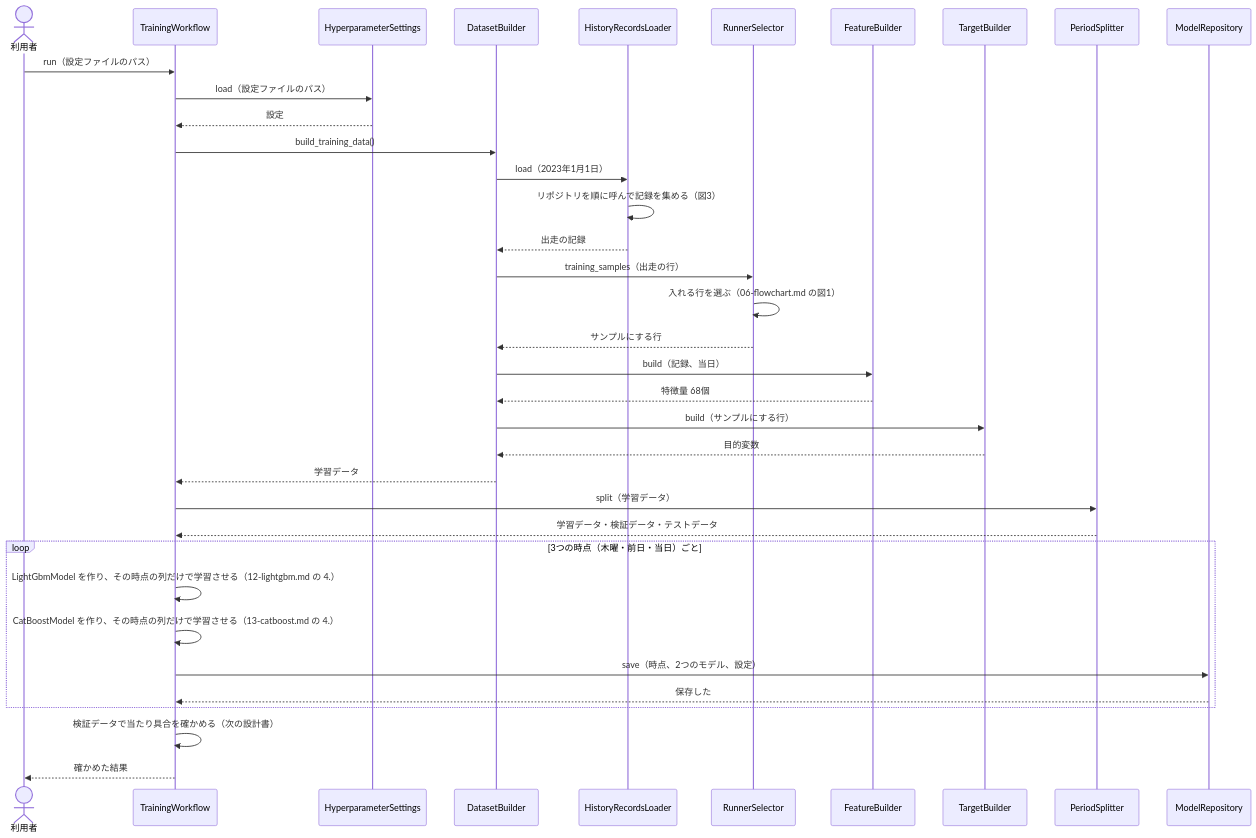
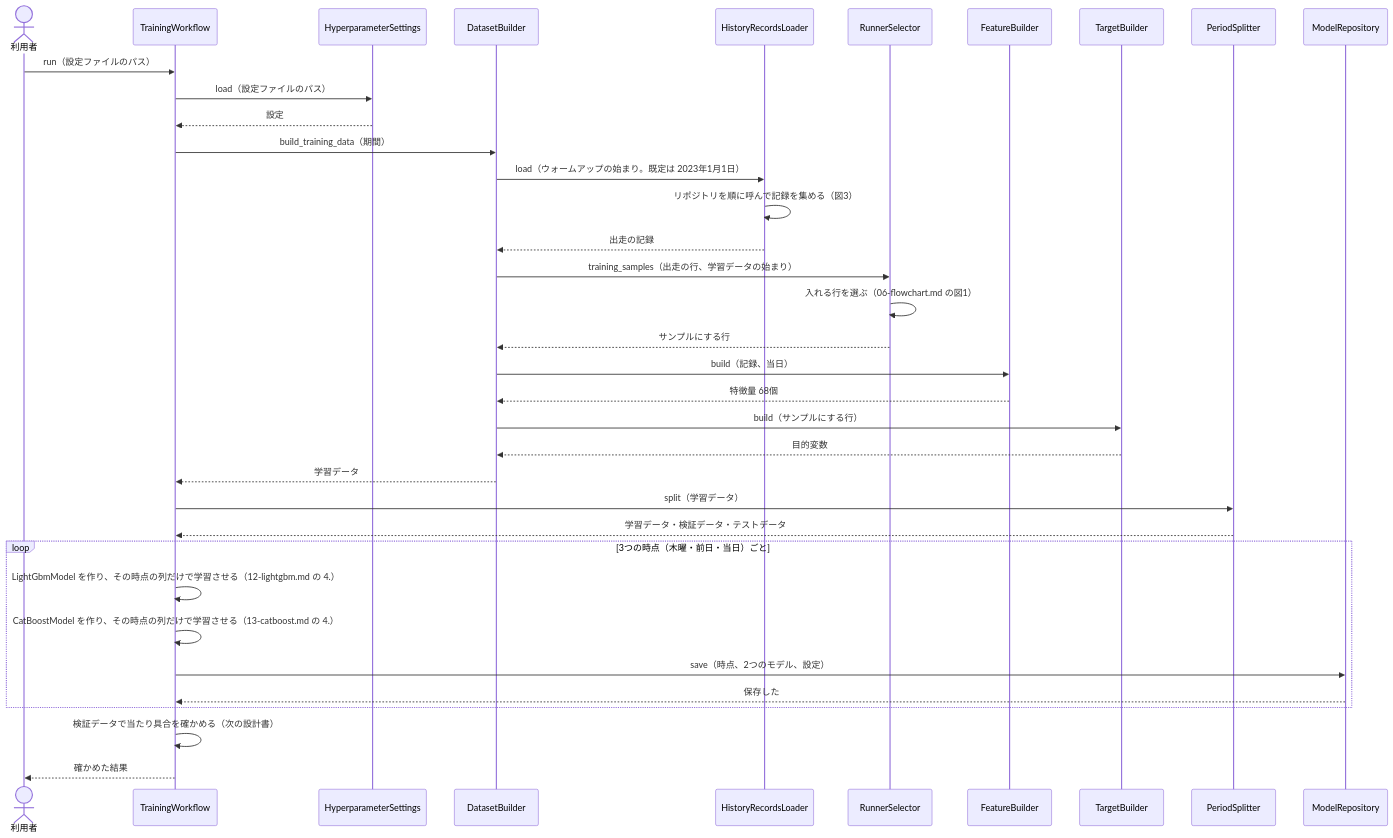
Before and after one commit to ht-0328/keiba-yosou: the first of 4 diagrams in docs/design/近走と適性から3着以内を予想/05-sequence.md, drawn with Mermaid. The commit also changed other lines of this file and 35 other files, not shown here.

````diff
--- a/docs/design/近走と適性から3着以内を予想/05-sequence.md
+++ b/docs/design/近走と適性から3着以内を予想/05-sequence.md
@@ -40,38 +40,38 @@
 ```mermaid
 sequenceDiagram
     actor U as 利用者
     participant W as TrainingWorkflow
     participant H as HyperparameterSettings
     participant D as DatasetBuilder
     participant L as HistoryRecordsLoader
     participant RS as RunnerSelector
     participant F as FeatureBuilder
     participant T as TargetBuilder
     participant S as PeriodSplitter
     participant MR as ModelRepository
     U->>W: run（設定ファイルのパス）
     W->>H: load（設定ファイルのパス）
     H-->>W: 設定
-    W->>D: build_training_data()
-    D->>L: load（2023年1月1日）
+    W->>D: build_training_data（期間）
+    D->>L: load（ウォームアップの始まり。既定は 2023年1月1日）
     L->>L: リポジトリを順に呼んで記録を集める（図3）
     L-->>D: 出走の記録
-    D->>RS: training_samples（出走の行）
+    D->>RS: training_samples（出走の行、学習データの始まり）
     RS->>RS: 入れる行を選ぶ（06-flowchart.md の図1）
     RS-->>D: サンプルにする行
     D->>F: build（記録、当日）
     F-->>D: 特徴量 68個
     D->>T: build（サンプルにする行）
     T-->>D: 目的変数
     D-->>W: 学習データ
     W->>S: split（学習データ）
     S-->>W: 学習データ・検証データ・テストデータ
     loop 3つの時点（木曜・前日・当日）ごと
         W->>W: LightGbmModel を作り、その時点の列だけで学習させる（12-lightgbm.md の 4.）
         W->>W: CatBoostModel を作り、その時点の列だけで学習させる（13-catboost.md の 4.）
         W->>MR: save（時点、2つのモデル、設定）
         MR-->>W: 保存した
     end
     W->>W: 検証データで当たり具合を確かめる（次の設計書）
     W-->>U: 確かめた結果
 ```
````
